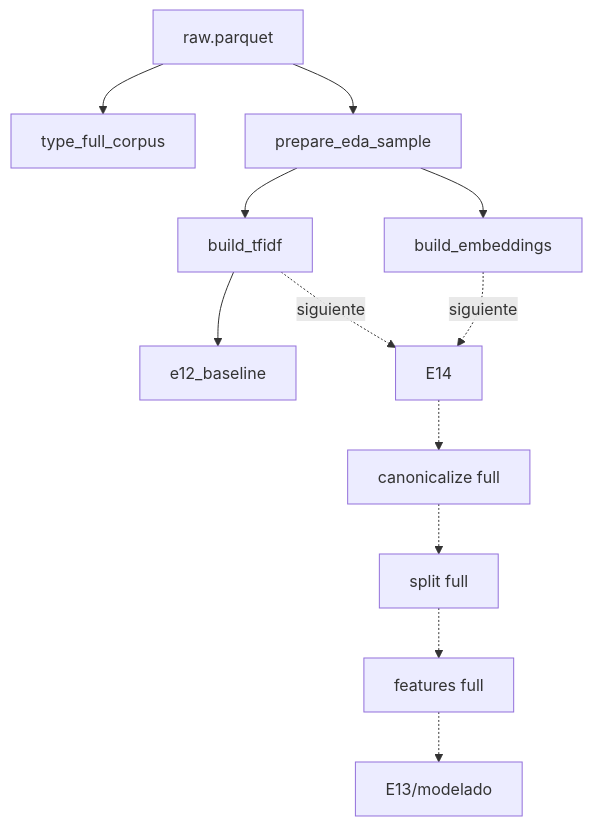
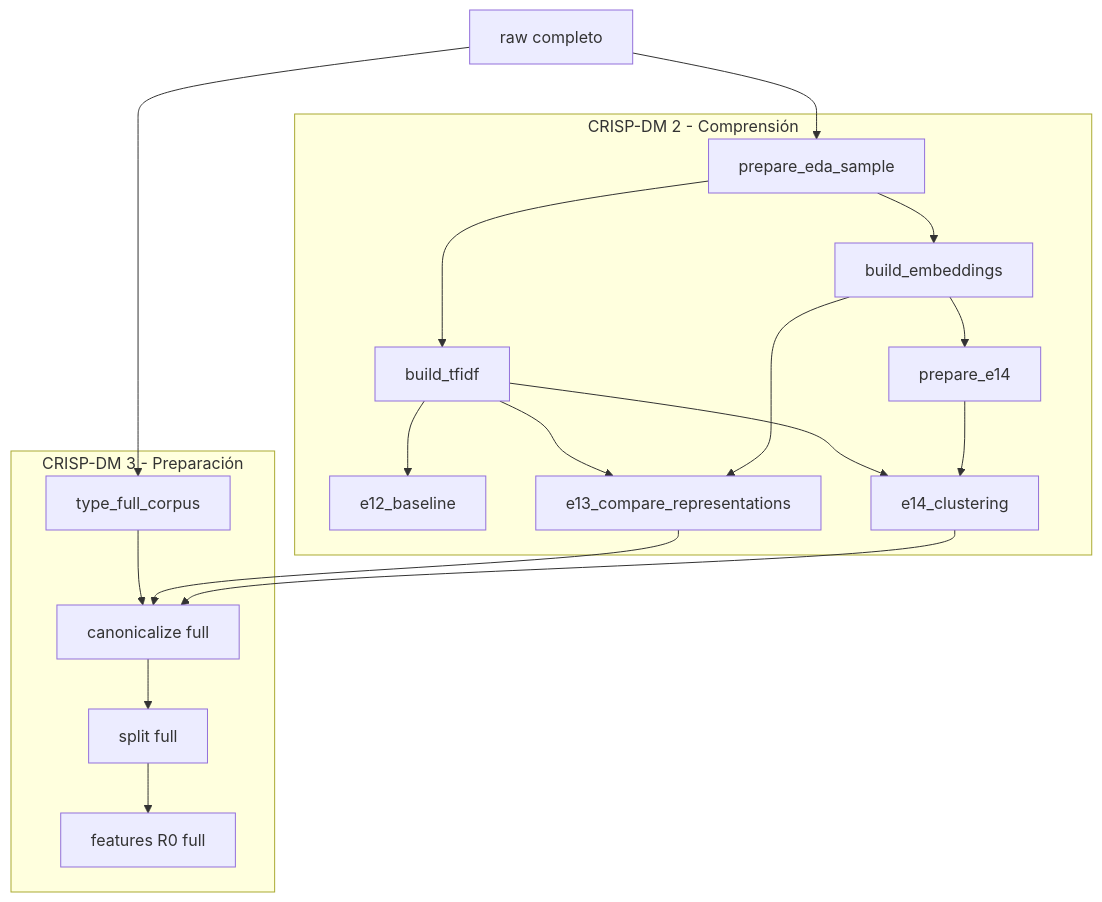
The third of 4 diagrams in README.md (Codenid/capstone-claims-triage), drawn with Mermaid before and after one commit. The commit also changed other lines of this file and 3 other files, not shown here.

````diff
--- a/README.md
+++ b/README.md
@@ -222,14 +223,23 @@
 ```mermaid
 flowchart TD
-    A[raw.parquet] --> B[type_full_corpus]
-    A --> C[prepare_eda_sample]
-    C --> D[build_tfidf]
-    D --> E[e12_baseline]
-    C --> F[build_embeddings]
-    D -. siguiente .-> G[E14]
-    F -. siguiente .-> G
-    G -.-> H[canonicalize full]
-    H -.-> I[split full]
-    I -.-> J[features full]
-    J -.-> K[E13/modelado]
+    A[raw completo]
+    subgraph U[CRISP-DM 2 - Comprensión]
+        B[prepare_eda_sample] --> C[build_tfidf]
+        B --> D[build_embeddings]
+        C --> E[e12_baseline]
+        C --> F[e13_compare_representations]
+        D --> F
+        D --> G[prepare_e14]
+        C --> H[e14_clustering]
+        G --> H
+    end
+    subgraph P[CRISP-DM 3 - Preparación]
+        I[type_full_corpus] --> J[canonicalize full]
+        J --> K[split full]
+        K --> L[features R0 full]
+    end
+    A --> B
+    A --> I
+    F --> J
+    H --> J
 ```
````
